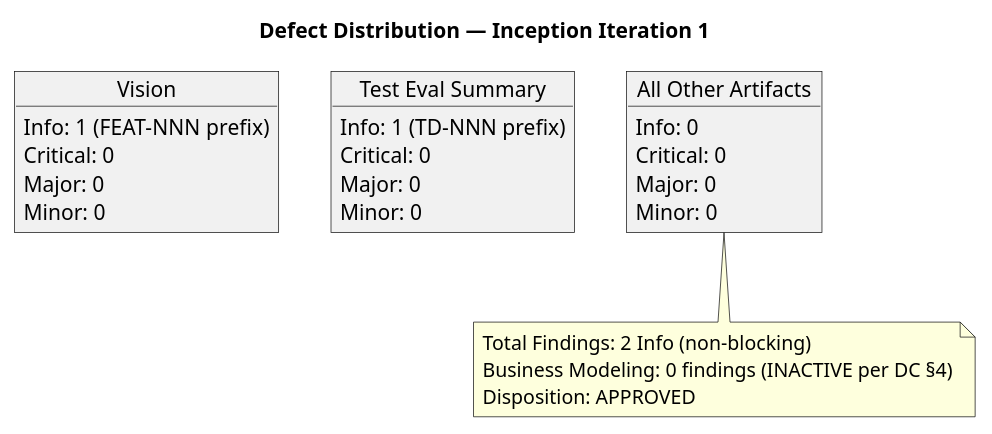
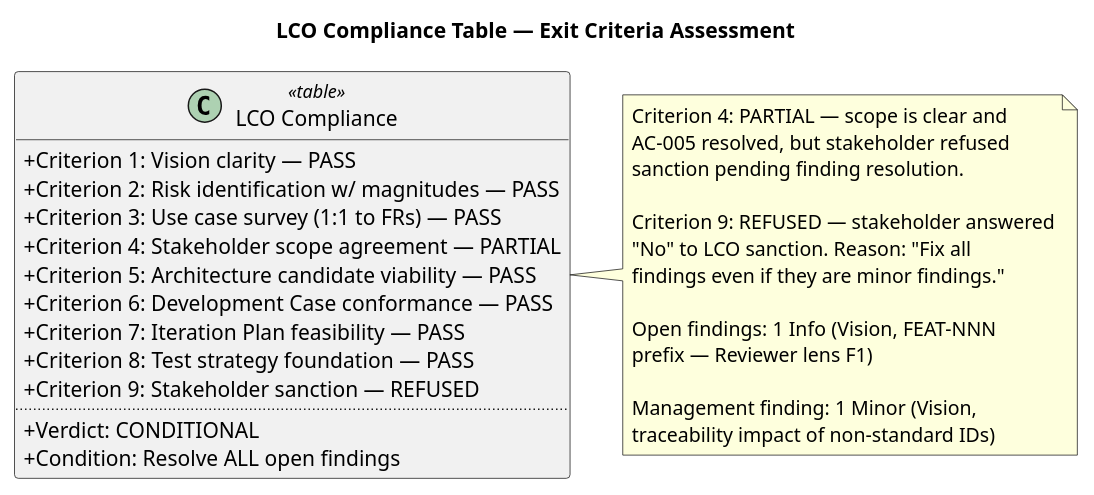
Before and after one commit to banense-test/portal-cuba-corp: the first of 3 diagrams in docs/artifacts/project-management/review-record.md, drawn with PlantUML. The commit also changed other lines of this file, not shown here.

First line of the commit message:
Management Reviewer [I1]: upsert Review Record

````diff
--- a/docs/artifacts/project-management/review-record.md
+++ b/docs/artifacts/project-management/review-record.md
@@ -141,33 +40,39 @@
 ```plantuml
 @startuml
-title Defect Distribution — Inception Iteration 1
+title LCO Compliance Table — Exit Criteria Assessment
+skinparam classAttributeIconSize 0
+skinparam shadowing false
 
-object "Vision" as V {
-  Info: 1 (FEAT-NNN prefix)
-  Critical: 0
-  Major: 0
-  Minor: 0
+class "LCO Compliance" as T <<table>> {
+  + Criterion 1: Vision clarity — PASS
+  + Criterion 2: Risk identification w/ magnitudes — PASS
+  + Criterion 3: Use case survey (1:1 to FRs) — PASS
+  + Criterion 4: Stakeholder scope agreement — PARTIAL
+  + Criterion 5: Architecture candidate viability — PASS
+  + Criterion 6: Development Case conformance — PASS
+  + Criterion 7: Iteration Plan feasibility — PASS
+  + Criterion 8: Test strategy foundation — PASS
+  + Criterion 9: Stakeholder sanction — REFUSED
+  ..
+  + Verdict: CONDITIONAL
+  + Condition: Resolve ALL open findings
 }
 
-object "Test Eval Summary" as T {
-  Info: 1 (TD-NNN prefix)
-  Critical: 0
-  Major: 0
-  Minor: 0
-}
-
-object "All Other Artifacts" as O {
-  Info: 0
-  Critical: 0
-  Major: 0
-  Minor: 0
-}
-
-note bottom
-  Total Findings: 2 Info (non-blocking)
-  Business Modeling: 0 findings (INACTIVE per DC §4)
-  Disposition: APPROVED
+note right of T
+  Criterion 4: PARTIAL — scope is clear and
+  AC-005 resolved, but stakeholder refused
+  sanction pending finding resolution.
+  
+  Criterion 9: REFUSED — stakeholder answered
+  "No" to LCO sanction. Reason: "Fix all
+  findings even if they are minor findings."
+  
+  Open findings: 1 Info (Vision, FEAT-NNN
+  prefix — Reviewer lens F1)
+  
+  Management finding: 1 Minor (Vision,
+  traceability impact of non-standard IDs)
 end note
 
 @enduml
 ```
````
